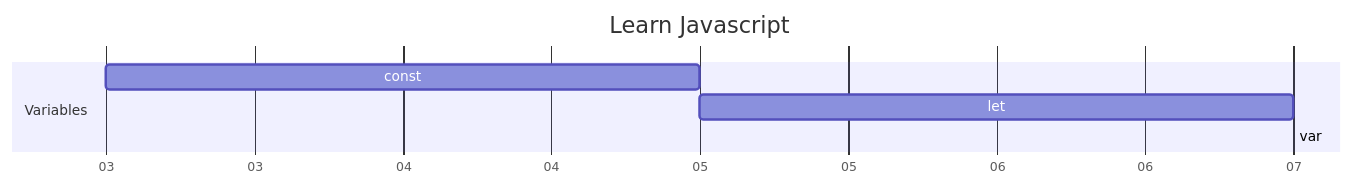
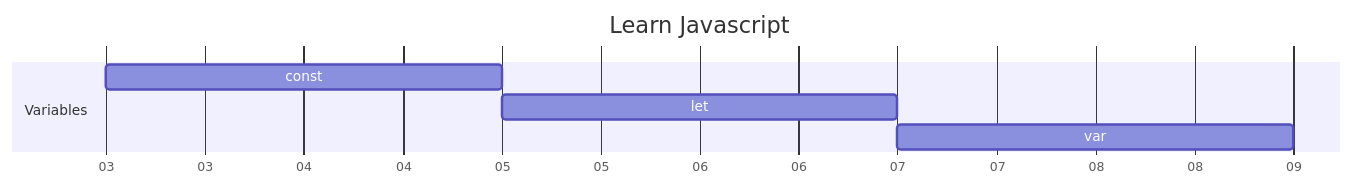
The fourth of 4 diagrams in README.md (Kalpa-Ranjan/JavascriptProject1), drawn with Mermaid before and after one commit.

Commit message:
Updated README.md with gantt v0.2

````diff
--- a/README.md
+++ b/README.md
@@ -416,12 +416,12 @@
 ```mermaid
 gantt
     title Learn Javascript
     dateFormat DD-MM-YYYY
     axisFormat %d
     section Variables
         const    :a1, 03-01-2024, 2d
         let      :a2, after a1, 2d
-        var      : after a2
+        var      : after a2, 2d
     section Primitive Datatypes
-    
+
 ```
````
